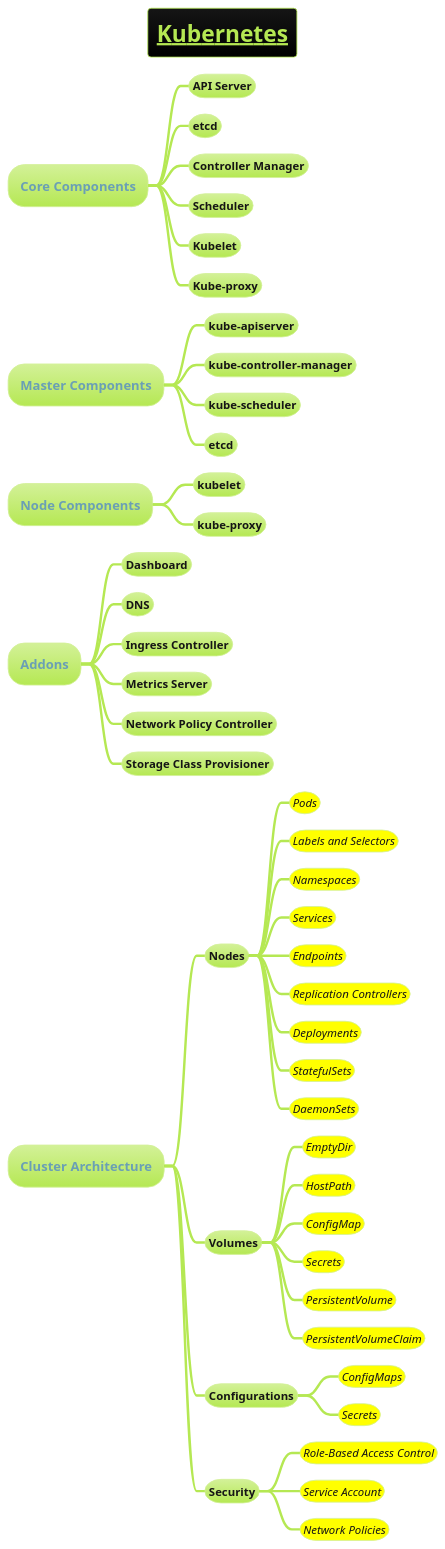
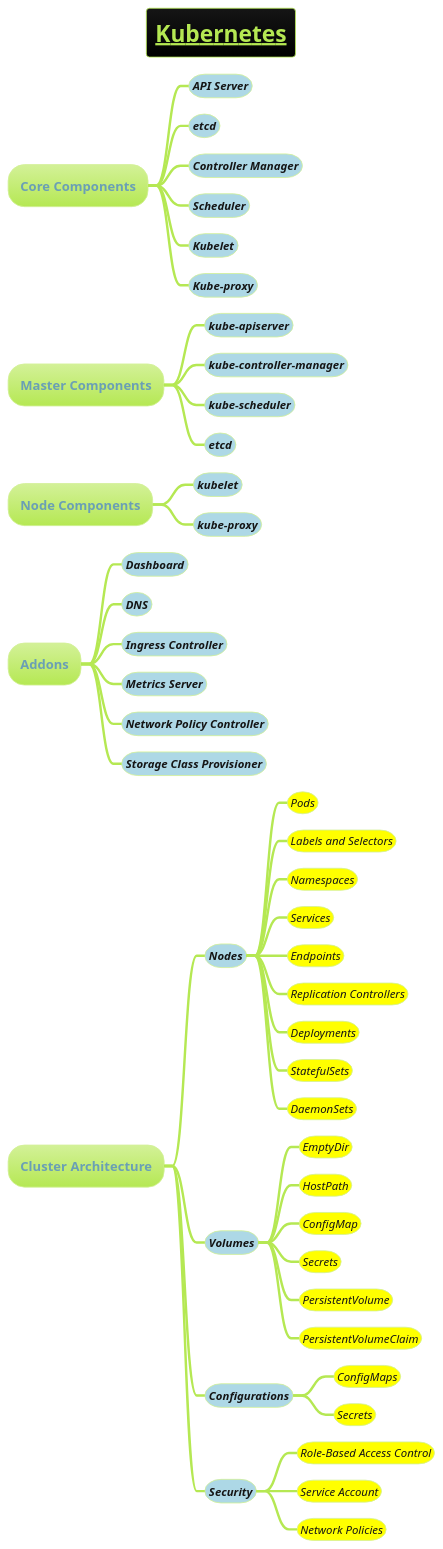
The diagram in docs/3-devops/devops-plantuml-mindmap/kubernetes.puml (MehmoodHashmi/Documentation-as-Code-DaC), drawn with PlantUML before and after one commit. The commit also changed 5 other files, not shown here.

```diff
--- a/docs/3-devops/devops-plantuml-mindmap/kubernetes.puml
+++ b/docs/3-devops/devops-plantuml-mindmap/kubernetes.puml
@@ -1,52 +1,52 @@
 @startmindmap
 title = __Kubernetes__
 !theme hacker
 
 * Core Components
-** API Server
-** etcd
-** Controller Manager
-** Scheduler
-** Kubelet
-** Kube-proxy
+**[#lightblue] <i><size:14>API Server
+**[#lightblue] <i><size:14>etcd
+**[#lightblue] <i><size:14>Controller Manager
+**[#lightblue] <i><size:14>Scheduler
+**[#lightblue] <i><size:14>Kubelet
+**[#lightblue] <i><size:14>Kube-proxy
 * Master Components
-** kube-apiserver
-** kube-controller-manager
-** kube-scheduler
-** etcd
+**[#lightblue] <i><size:14>kube-apiserver
+**[#lightblue] <i><size:14>kube-controller-manager
+**[#lightblue] <i><size:14>kube-scheduler
+**[#lightblue] <i><size:14>etcd
 * Node Components
-** kubelet
-** kube-proxy
+**[#lightblue] <i><size:14>kubelet
+**[#lightblue] <i><size:14>kube-proxy
 * Addons
-** Dashboard
-** DNS
-** Ingress Controller
-** Metrics Server
-** Network Policy Controller
-** Storage Class Provisioner
+**[#lightblue] <i><size:14>Dashboard
+**[#lightblue] <i><size:14>DNS
+**[#lightblue] <i><size:14>Ingress Controller
+**[#lightblue] <i><size:14>Metrics Server
+**[#lightblue] <i><size:14>Network Policy Controller
+**[#lightblue] <i><size:14>Storage Class Provisioner
 * Cluster Architecture
-** Nodes
-***[#yellow] ====<size:14>Pods
-***[#yellow] ====<size:14>Labels and Selectors
-***[#yellow] ====<size:14>Namespaces
-***[#yellow] ====<size:14>Services
-***[#yellow] ====<size:14>Endpoints
-***[#yellow] ====<size:14>Replication Controllers
-***[#yellow] ====<size:14>Deployments
-***[#yellow] ====<size:14>StatefulSets
-***[#yellow] ====<size:14>DaemonSets
-** Volumes
-***[#yellow] ====<size:14>EmptyDir
-***[#yellow] ====<size:14>HostPath
-***[#yellow] ====<size:14>ConfigMap
-***[#yellow] ====<size:14>Secrets
-***[#yellow] ====<size:14>PersistentVolume
-***[#yellow] ====<size:14>PersistentVolumeClaim
-** Configurations
-***[#yellow] ====<size:14>ConfigMaps
-***[#yellow] ====<size:14>Secrets
-** Security
-***[#yellow] ====<size:14>Role-Based Access Control
-***[#yellow] ====<size:14>Service Account
-***[#yellow] ====<size:14>Network Policies
+**[#lightblue] <i><size:14>Nodes
+***[#yellow] <i><size:14>Pods
+***[#yellow] <i><size:14>Labels and Selectors
+***[#yellow] <i><size:14>Namespaces
+***[#yellow] <i><size:14>Services
+***[#yellow] <i><size:14>Endpoints
+***[#yellow] <i><size:14>Replication Controllers
+***[#yellow] <i><size:14>Deployments
+***[#yellow] <i><size:14>StatefulSets
+***[#yellow] <i><size:14>DaemonSets
+**[#lightblue] <i><size:14>Volumes
+***[#yellow] <i><size:14>EmptyDir
+***[#yellow] <i><size:14>HostPath
+***[#yellow] <i><size:14>ConfigMap
+***[#yellow] <i><size:14>Secrets
+***[#yellow] <i><size:14>PersistentVolume
+***[#yellow] <i><size:14>PersistentVolumeClaim
+**[#lightblue] <i><size:14>Configurations
+***[#yellow] <i><size:14>ConfigMaps
+***[#yellow] <i><size:14>Secrets
+**[#lightblue] <i><size:14>Security
+***[#yellow] <i><size:14>Role-Based Access Control
+***[#yellow] <i><size:14>Service Account
+***[#yellow] <i><size:14>Network Policies
 @endmindmap
```
